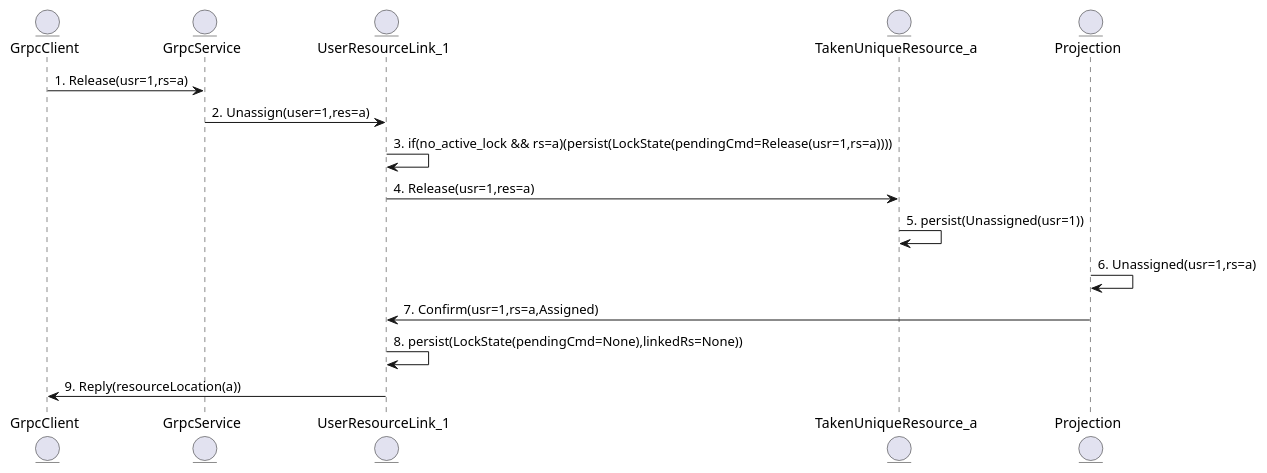
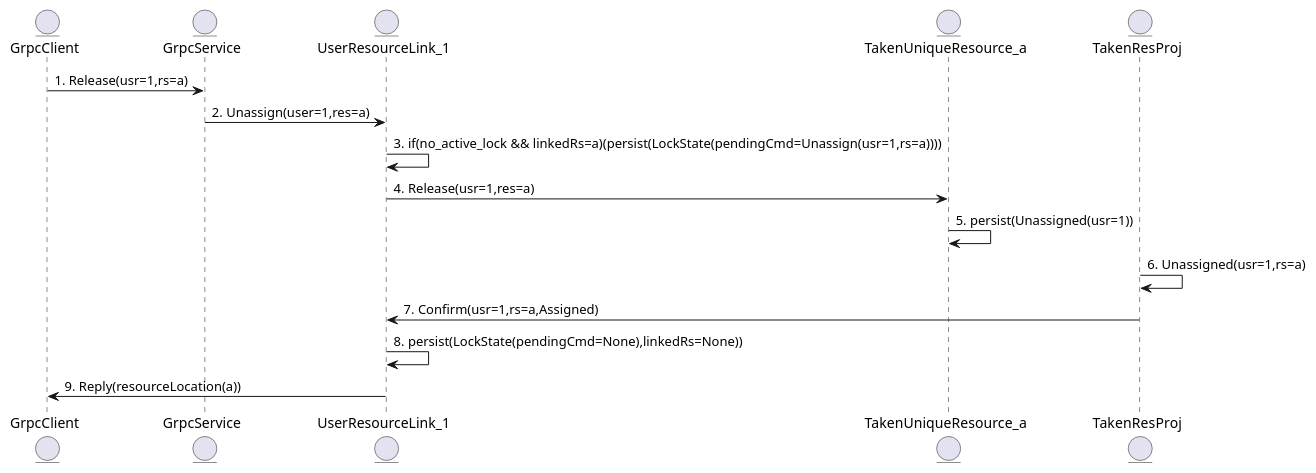
Before and after one commit to haghard/unique-resource-management: the second of 3 diagrams in diagrams.md, drawn with PlantUML. The commit also changed other lines of this file and 2 other files, not shown here.

Commit message:
More diagrams

````diff
--- a/diagrams.md
+++ b/diagrams.md
@@ -39,25 +39,25 @@
 ```plantuml
 @startuml
 
 entity GrpcClient
 
 entity GrpcService
 
 entity UserResourceLink_1
 
 entity TakenUniqueResource_a
 
-entity Projection
+entity TakenResProj
 
 GrpcClient -> GrpcService:1. Release(usr=1,rs=a)
 GrpcService -> UserResourceLink_1:2. Unassign(user=1,res=a)
-UserResourceLink_1 -> UserResourceLink_1:3. if(no_active_lock && rs=a)(persist(LockState(pendingCmd=Release(usr=1,rs=a)))) 
+UserResourceLink_1 -> UserResourceLink_1:3. if(no_active_lock && linkedRs=a)(persist(LockState(pendingCmd=Unassign(usr=1,rs=a)))) 
 UserResourceLink_1 -> TakenUniqueResource_a:4. Release(usr=1,res=a)
 TakenUniqueResource_a -> TakenUniqueResource_a:5. persist(Unassigned(usr=1))  
-Projection -> Projection:6. Unassigned(usr=1,rs=a)
-Projection -> UserResourceLink_1:7. Confirm(usr=1,rs=a,Assigned)
+TakenResProj -> TakenResProj:6. Unassigned(usr=1,rs=a)
+TakenResProj -> UserResourceLink_1:7. Confirm(usr=1,rs=a,Assigned)
 UserResourceLink_1 -> UserResourceLink_1:8. persist(LockState(pendingCmd=None),linkedRs=None))
 UserResourceLink_1 -> GrpcClient:9. Reply(resourceLocation(a))  
 
 @enduml
 ```
````
